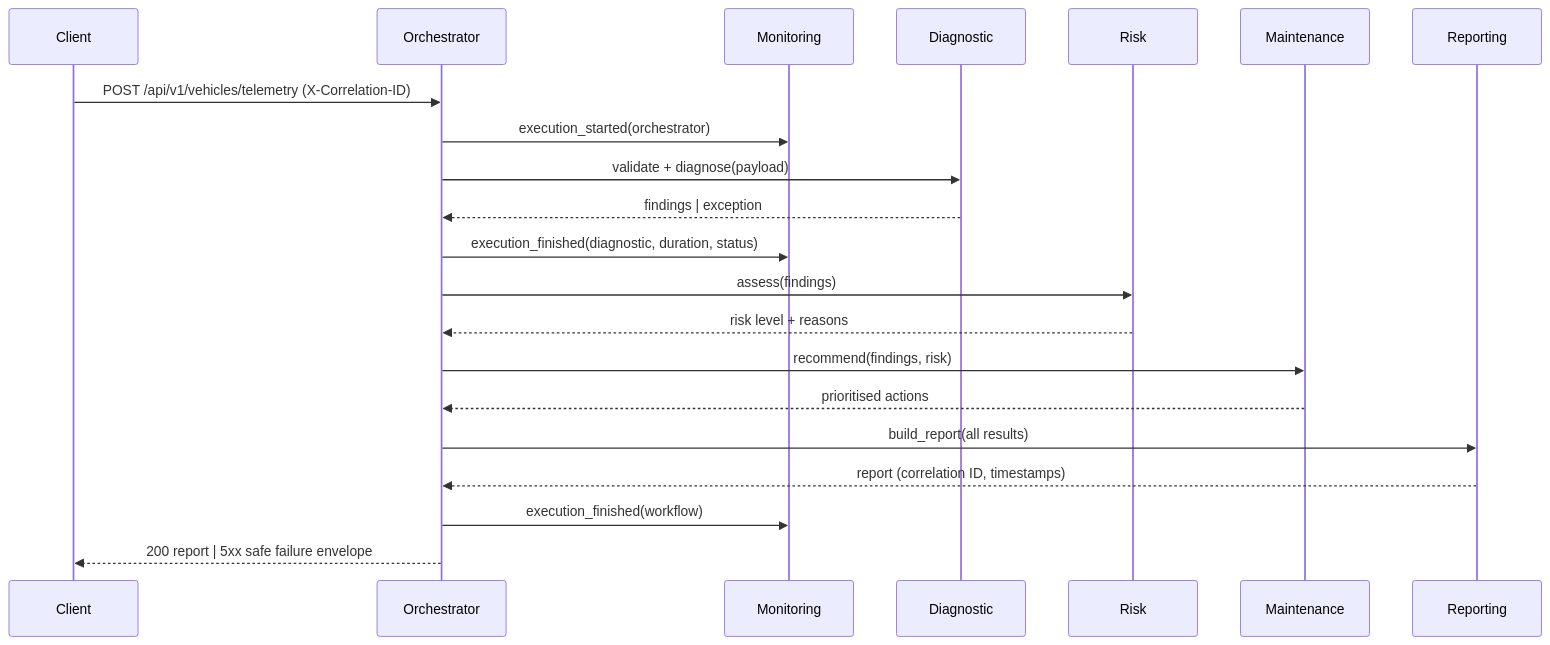
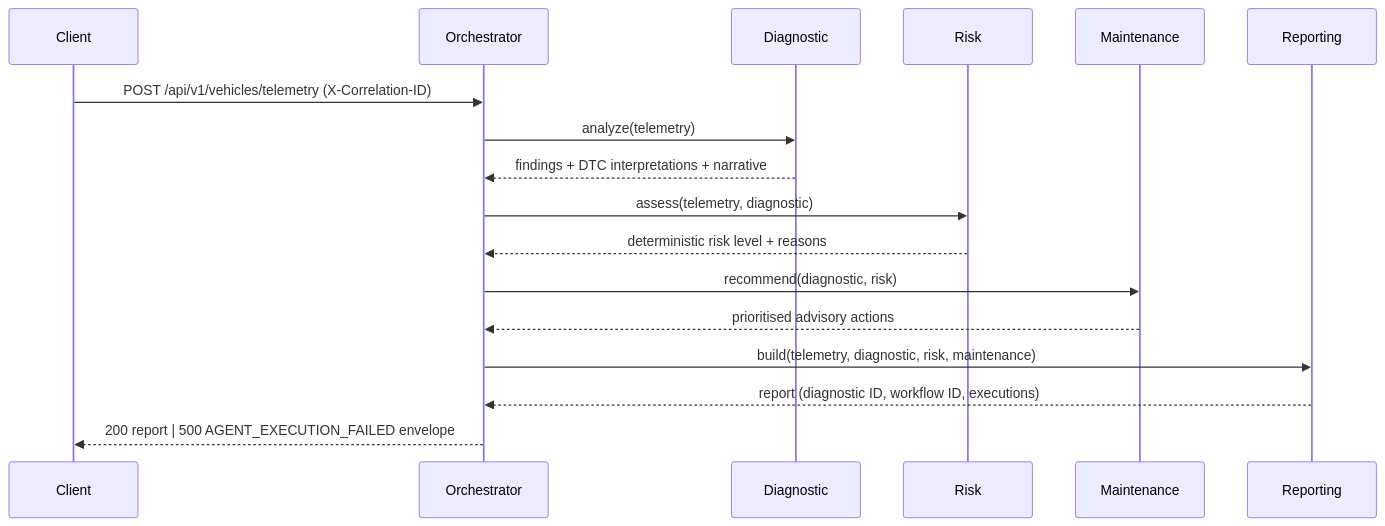
The second of 2 diagrams in docs/ARCHITECTURE.md (Ayman8Da/AutoGuard-Ai), drawn with Mermaid before and after one commit. The commit also changed other lines of this file and 30 other files, not shown here.

Commit message:
feat: phase 3 langgraph multi-agent diagnostic workflow

````diff
--- a/docs/ARCHITECTURE.md
+++ b/docs/ARCHITECTURE.md
@@ -111,24 +112,20 @@
 ```mermaid
 sequenceDiagram
     participant C as Client
     participant O as Orchestrator
-    participant M as Monitoring
     participant D as Diagnostic
     participant R as Risk
     participant A as Maintenance
     participant P as Reporting
 
     C->>O: POST /api/v1/vehicles/telemetry (X-Correlation-ID)
-    O->>M: execution_started(orchestrator)
-    O->>D: validate + diagnose(payload)
-    D-->>O: findings | exception
-    O->>M: execution_finished(diagnostic, duration, status)
-    O->>R: assess(findings)
-    R-->>O: risk level + reasons
-    O->>A: recommend(findings, risk)
-    A-->>O: prioritised actions
-    O->>P: build_report(all results)
-    P-->>O: report (correlation ID, timestamps)
-    O->>M: execution_finished(workflow)
-    O-->>C: 200 report | 5xx safe failure envelope
+    O->>D: analyze(telemetry)
+    D-->>O: findings + DTC interpretations + narrative
+    O->>R: assess(telemetry, diagnostic)
+    R-->>O: deterministic risk level + reasons
+    O->>A: recommend(diagnostic, risk)
+    A-->>O: prioritised advisory actions
+    O->>P: build(telemetry, diagnostic, risk, maintenance)
+    P-->>O: report (diagnostic ID, workflow ID, executions)
+    O-->>C: 200 report | 500 AGENT_EXECUTION_FAILED envelope
 ```
````
